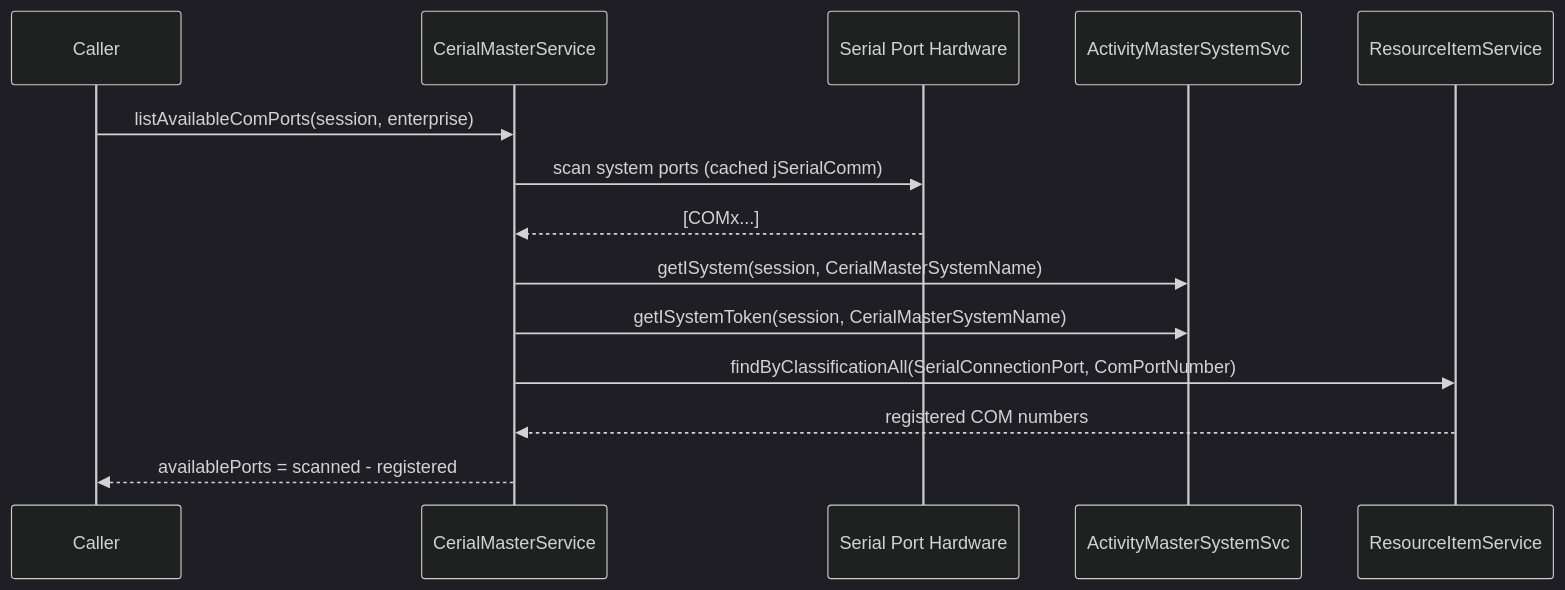
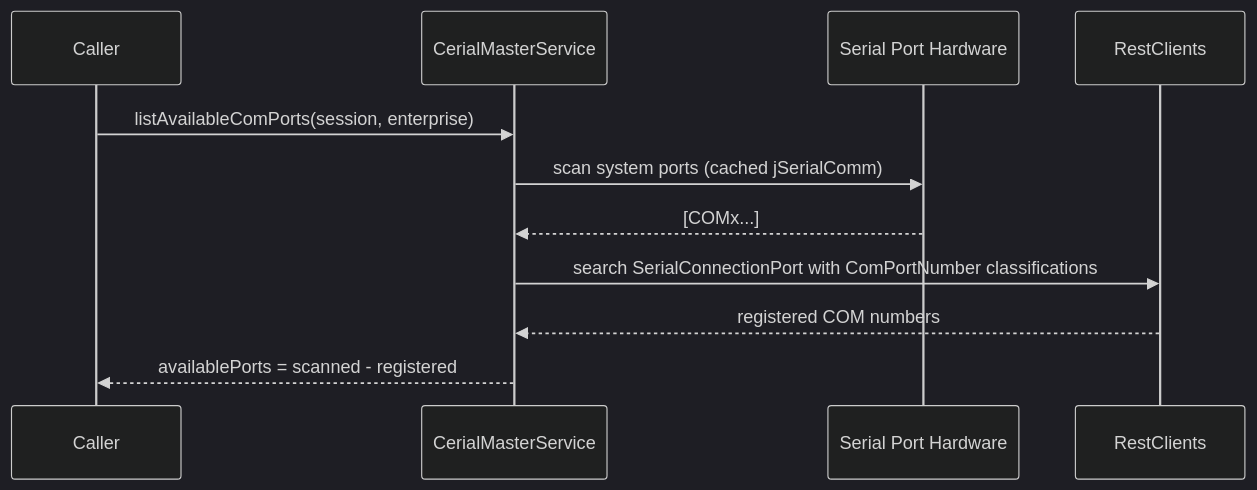
The diagram in docs/architecture/sequence-list-available-com-ports.md (Activity-Master/CerialMaster), drawn with Mermaid (dark theme) before and after one commit. The commit also changed other lines of this file and 13 other files, not shown here.

````diff
--- a/docs/architecture/sequence-list-available-com-ports.md
+++ b/docs/architecture/sequence-list-available-com-ports.md
@@ -5,17 +5,14 @@
 ```mermaid
 sequenceDiagram
   participant Caller
   participant Service as CerialMasterService
   participant SerialPorts as Serial Port Hardware
-  participant SystemSvc as ActivityMasterSystemSvc
-  participant ResourceItemSvc as ResourceItemService
+  participant REST as RestClients
 
   Caller->>Service: listAvailableComPorts(session, enterprise)
   Service->>SerialPorts: scan system ports (cached jSerialComm)
   SerialPorts-->>Service: [COMx...]
-  Service->>SystemSvc: getISystem(session, CerialMasterSystemName)
-  Service->>SystemSvc: getISystemToken(session, CerialMasterSystemName)
-  Service->>ResourceItemSvc: findByClassificationAll(SerialConnectionPort, ComPortNumber)
-  ResourceItemSvc-->>Service: registered COM numbers
+  Service->>REST: search SerialConnectionPort with ComPortNumber classifications
+  REST-->>Service: registered COM numbers
   Service-->>Caller: availablePorts = scanned - registered
 ```
````
